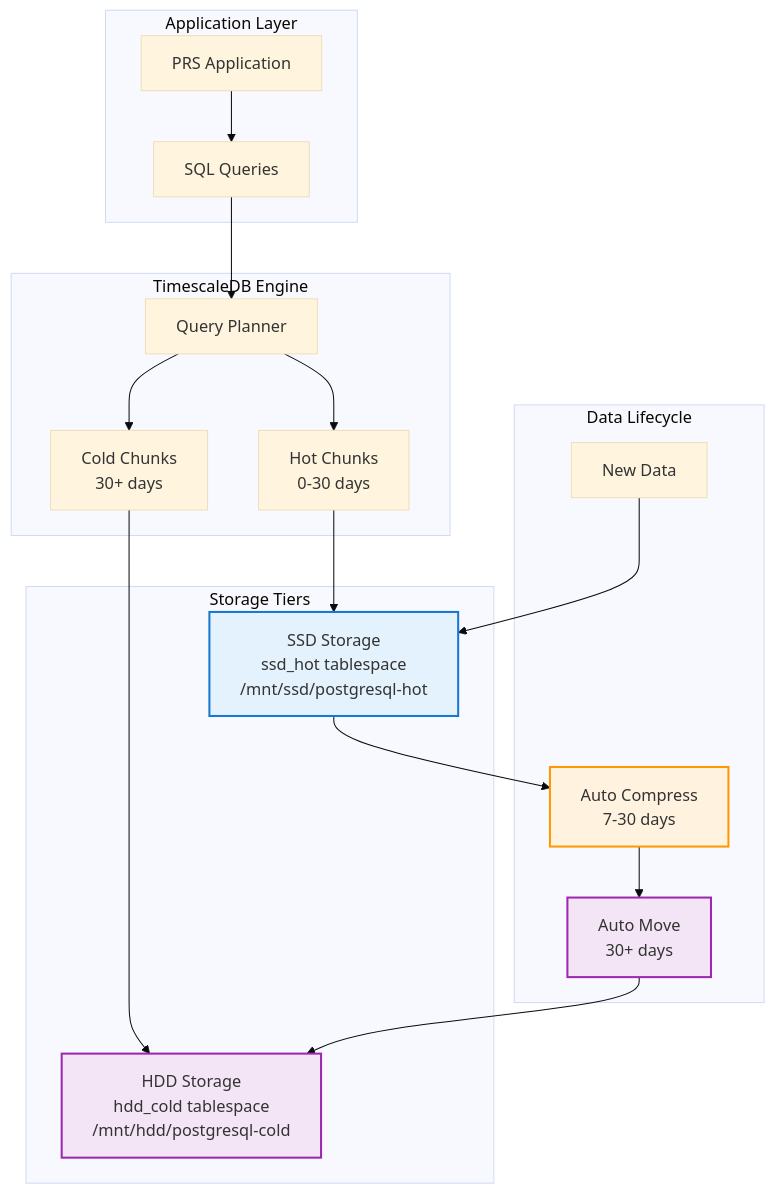
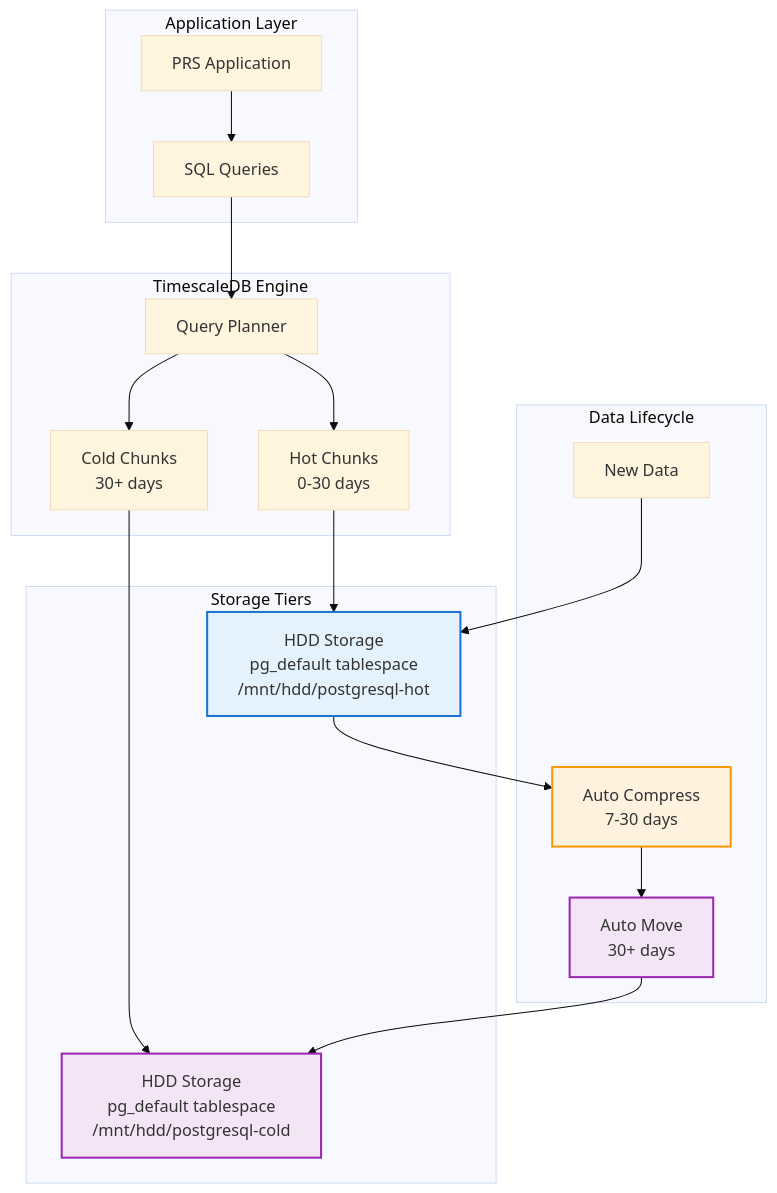
One commit to rcdelacruz/prs-prod-workplan changed the diagram in docs/docs/database/timescaledb.md. Above: the diagram before and after it, drawn with Mermaid (base theme). The commit also changed other lines of this file and 78 other files, not shown here.

````diff
--- a/docs/docs/database/timescaledb.md
+++ b/docs/docs/database/timescaledb.md
@@ -11,29 +11,29 @@
 ```mermaid
 graph TB
     subgraph "Application Layer"
         APP[PRS Application] --> QUERY[SQL Queries]
     end
 
     subgraph "TimescaleDB Engine"
         QUERY --> PLANNER[Query Planner]
         PLANNER --> HOT[Hot Chunks<br/>0-30 days]
         PLANNER --> COLD[Cold Chunks<br/>30+ days]
     end
 
     subgraph "Storage Tiers"
-        HOT --> SSD[SSD Storage<br/>ssd_hot tablespace<br/>/mnt/ssd/postgresql-hot]
-        COLD --> HDD[HDD Storage<br/>hdd_cold tablespace<br/>/mnt/hdd/postgresql-cold]
+        HOT --> SSD[HDD Storage<br/>pg_default tablespace<br/>/mnt/hdd/postgresql-hot]
+        COLD --> HDD[HDD Storage<br/>pg_default tablespace<br/>/mnt/hdd/postgresql-cold]
     end
 
     subgraph "Data Lifecycle"
         NEW[New Data] --> SSD
         SSD --> COMPRESS[Auto Compress<br/>7-30 days]
         COMPRESS --> MOVE[Auto Move<br/>30+ days]
         MOVE --> HDD
     end
 
     style SSD fill:#e3f2fd,stroke:#1976d2,stroke-width:2px
     style HDD fill:#f3e5f5,stroke:#9c27b0,stroke-width:2px
     style COMPRESS fill:#fff3e0,stroke:#ff9800,stroke-width:2px
     style MOVE fill:#f3e5f5,stroke:#9c27b0,stroke-width:2px
 ```
````
